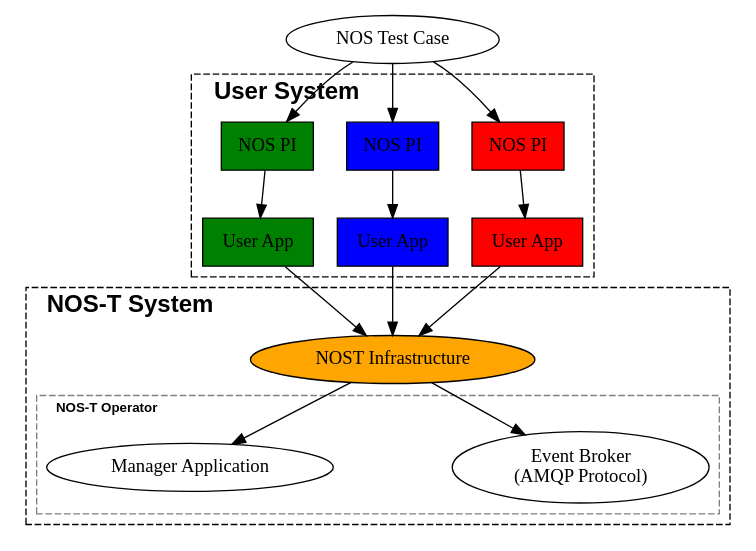
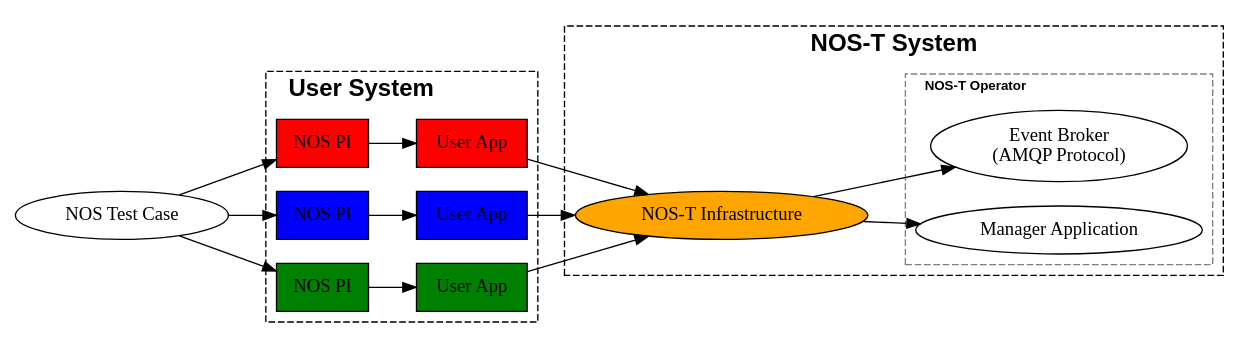
Before and after one commit to code-lab-org/nost-tools: the second of 2 diagrams in docs/source/overview/index.rst, drawn with Graphviz.

Commit message:
improve graphic

```diff
--- a/docs/source/overview/index.rst
+++ b/docs/source/overview/index.rst
@@ -102,64 +102,64 @@
 .. graphviz::
    :name: nos_t_concept
    :caption: NOS-T Graphical Concept: Visual representation of the testbed architecture and operational flow
    :align: center
 
    digraph NOST_concept {
-      // splines=curved;
-      // overlap=false;
+      rankdir=LR;
       
       subgraph cluster0 {
          style=dashed;
          label="User System";
          labeljust="l";
          fontsize=18;
          fontname="Helvetica-Bold";
          
          PI1 [label="NOS PI", shape=rect, style=filled, fillcolor=red];
          PI2 [label="NOS PI", shape=rect, style=filled, fillcolor=blue];
          PI3 [label="NOS PI", shape=rect, style=filled, fillcolor=green];
+         
          UserApp1 [label="User App", shape=rect, style=filled, fillcolor=red];
          UserApp2 [label="User App", shape=rect, style=filled, fillcolor=blue];
          UserApp3 [label="User App", shape=rect, style=filled, fillcolor=green];
       }
       
-      TestCase [label="NOS Test Case", shape=oval]
+      TestCase [label="NOS Test Case", shape=oval];
       TestCase -> PI1;
       TestCase -> PI2;
       TestCase -> PI3;
       
       PI1 -> UserApp1;
       PI2 -> UserApp2;
       PI3 -> UserApp3;
       
       subgraph cluster1 {
          style=dashed;
          label="NOS-T System";
-         labeljust="l";
+         // labeljust="l";
          fontsize=18;
          fontname="Helvetica-Bold";
          
-         NOSTInfrastructure [label="NOST Infrastructure", style=filled, fillcolor=orange];
+         Fill [style=invis]
+         NOSTInfrastructure [label="NOS-T Infrastructure", shape=oval, style=filled, fillcolor=orange];
          
          subgraph cluster2 {
                style=dashed;
                color=grey;
                labeljust="l";
                fontsize=10;
                label="NOS-T Operator";
                
-               EventBroker [label="Event Broker\n(AMQP Protocol)"]
-               Fill [style=invis]
-               ManagerApplication [label="Manager Application"]
+               EventBroker [label="Event Broker\n(AMQP Protocol)"];
+               // Fill [style=invis];
+               ManagerApplication [label="Manager Application"];
          }
       }
       
-      UserApp1 -> NOSTInfrastructure
-      UserApp2 -> NOSTInfrastructure
-      UserApp3 -> NOSTInfrastructure
+      UserApp1 -> NOSTInfrastructure;
+      UserApp2 -> NOSTInfrastructure;
+      UserApp3 -> NOSTInfrastructure;
       
-      NOSTInfrastructure -> EventBroker
-      NOSTInfrastructure -> Fill [style=invis]
-      NOSTInfrastructure -> ManagerApplication
-   
+      NOSTInfrastructure -> EventBroker;
+      // NOSTInfrastructure -> Fill [style=invis];
+      NOSTInfrastructure -> ManagerApplication;
    }
```
